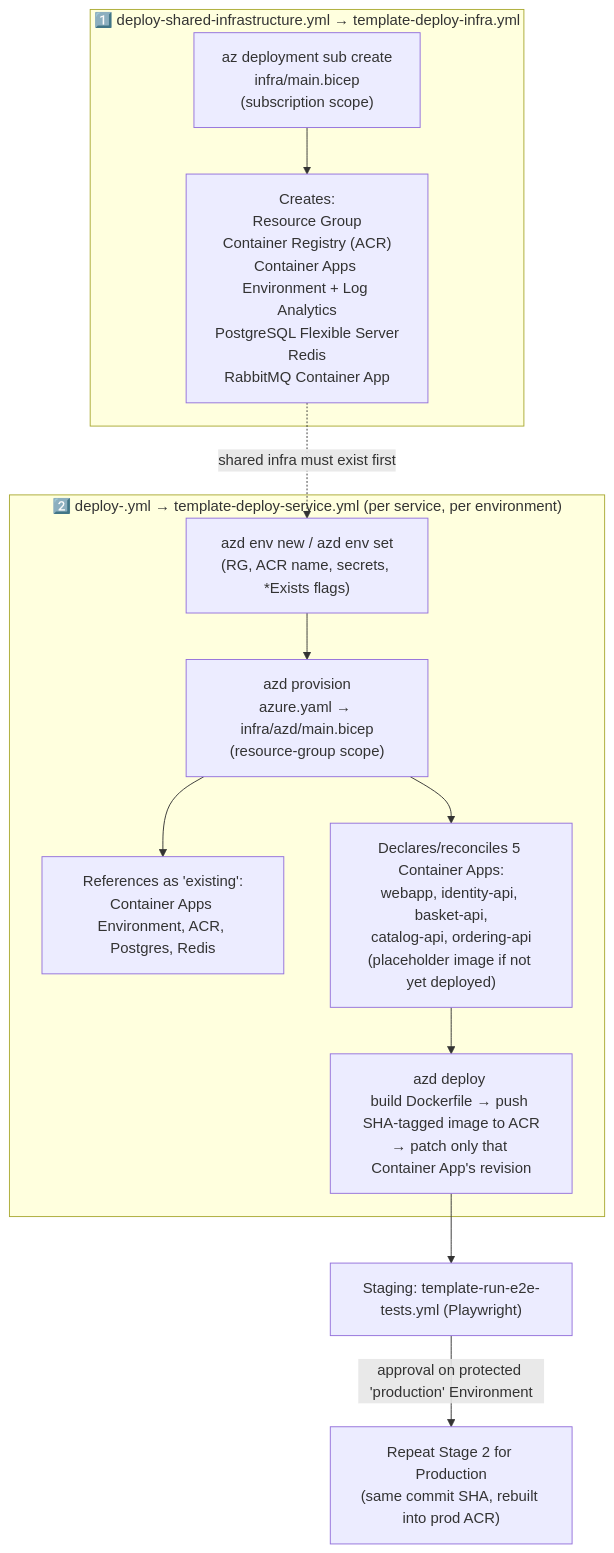
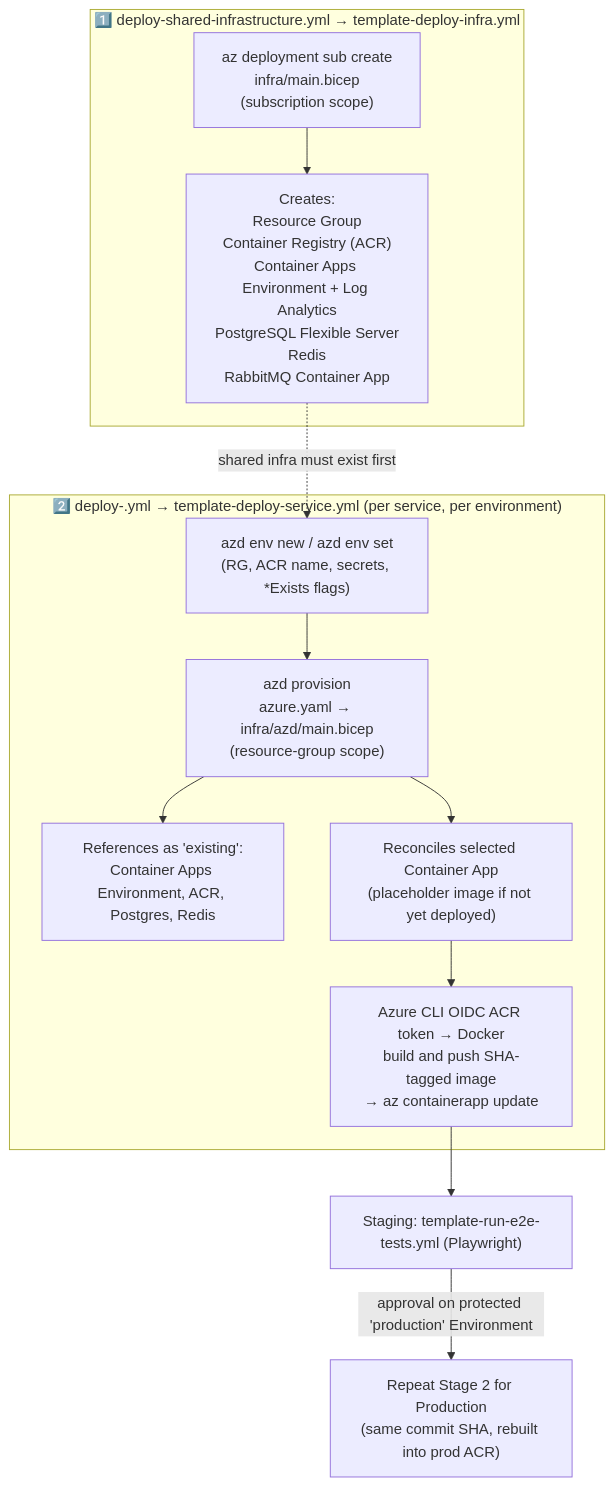
One commit to Xebia-Xpirit-Assessments/assessment-joostvoskuil changed the diagram in infra/README.md. Above: the diagram before and after it, drawn with Mermaid. The commit also changed other lines of this file and 1 other file, not shown here.

Commit message:
feat: enhance deployment workflow to conditionally build, push, and update selected application services with Azure CLI OIDC token

````diff
--- a/infra/README.md
+++ b/infra/README.md
@@ -89,17 +89,17 @@
 ```mermaid
 flowchart TD
     subgraph Stage1["1️⃣ deploy-shared-infrastructure.yml → template-deploy-infra.yml"]
         A["az deployment sub create\ninfra/main.bicep\n(subscription scope)"] --> A1["Creates:\nResource Group\nContainer Registry (ACR)\nContainer Apps Environment + Log Analytics\nPostgreSQL Flexible Server\nRedis\nRabbitMQ Container App"]
     end
 
     subgraph Stage2["2️⃣ deploy-<service>.yml → template-deploy-service.yml (per service, per environment)"]
         C["azd env new / azd env set\n(RG, ACR name, secrets, *Exists flags)"] --> D["azd provision\nazure.yaml → infra/azd/main.bicep\n(resource-group scope)"]
         D --> D1["References as 'existing':\nContainer Apps Environment, ACR, Postgres, Redis"]
-        D --> D2["Declares/reconciles 5 Container Apps:\nwebapp, identity-api, basket-api,\ncatalog-api, ordering-api\n(placeholder image if not yet deployed)"]
-        D2 --> E["azd deploy <service>\nbuild Dockerfile → push SHA-tagged image to ACR\n→ patch only that Container App's revision"]
+        D --> D2["Reconciles selected Container App\n(placeholder image if not yet deployed)"]
+        D2 --> E["Azure CLI OIDC ACR token → Docker\nbuild and push SHA-tagged image\n→ az containerapp update"]
     end
 
     A1 -.->|"shared infra must exist first"| C
     E --> F["Staging: template-run-e2e-tests.yml (Playwright)"]
     F -->|"approval on protected 'production' Environment"| C2["Repeat Stage 2 for Production\n(same commit SHA, rebuilt into prod ACR)"]
 ```
````
